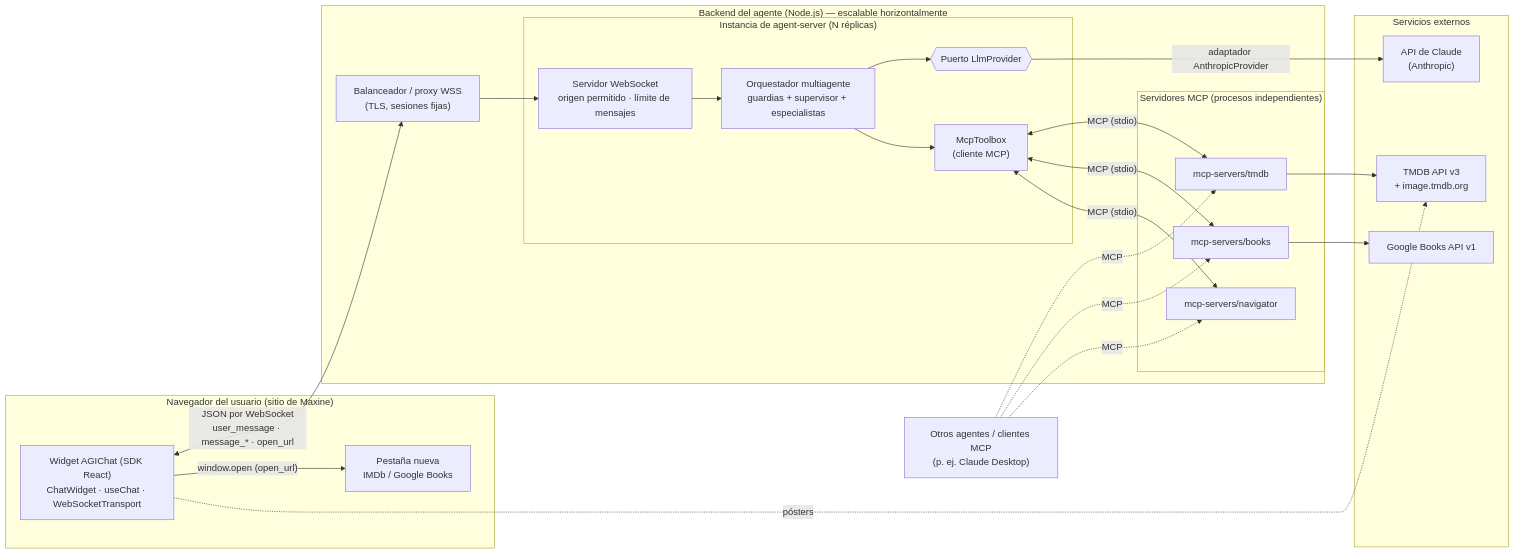
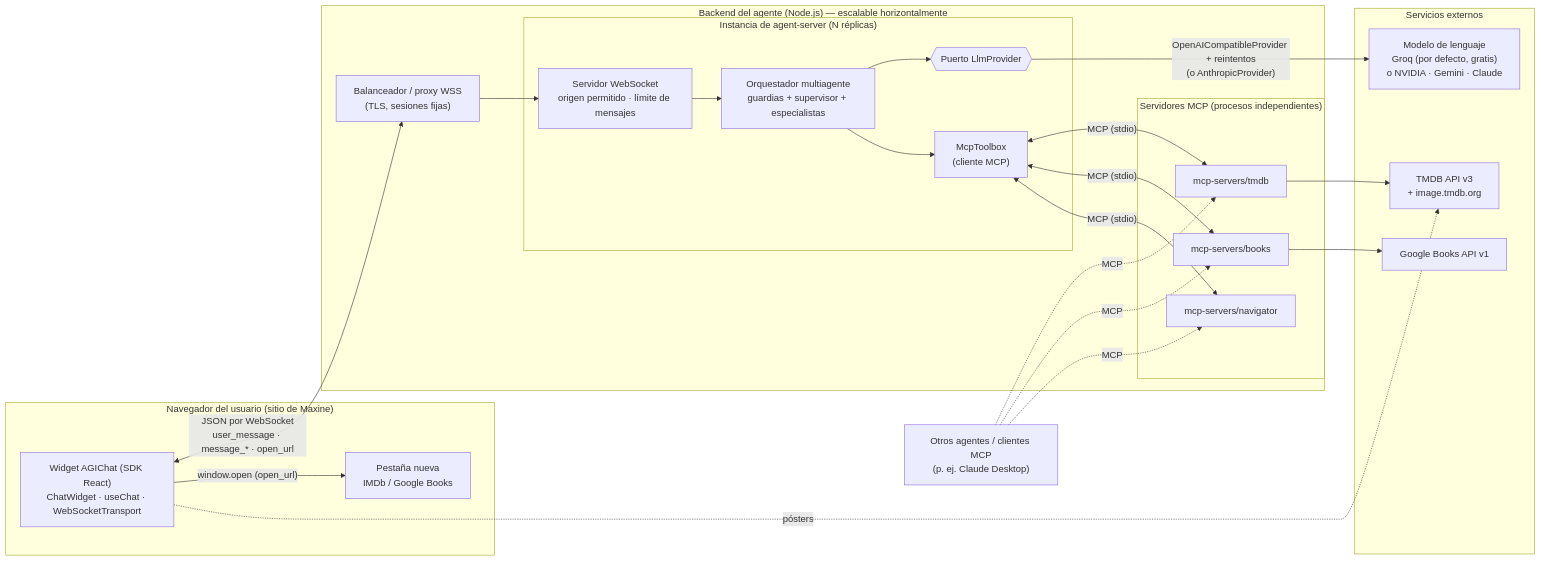
The first of 3 diagrams in docs/AGENTE.md (JuanGualim/Proyecto1_IA_selectivo), drawn with Mermaid before and after one commit. The commit also changed other lines of this file and 4 other files, not shown here.

Commit message:
docs: documenta Groq como proveedor gratuito por defecto y cómo usar otras APIs compatibles

````diff
--- a/docs/AGENTE.md
+++ b/docs/AGENTE.md
@@ -28,41 +28,41 @@
 ```mermaid
 flowchart LR
     subgraph Browser["Navegador del usuario (sitio de Maxine)"]
         WIDGET["Widget AGIChat (SDK React)<br/>ChatWidget · useChat · WebSocketTransport"]
         TAB["Pestaña nueva<br/>IMDb / Google Books"]
     end
 
     subgraph Backend["Backend del agente (Node.js) — escalable horizontalmente"]
         LB["Balanceador / proxy WSS<br/>(TLS, sesiones fijas)"]
         subgraph Instance["Instancia de agent-server (N réplicas)"]
             WS["Servidor WebSocket<br/>origen permitido · límite de mensajes"]
             ORCH["Orquestador multiagente<br/>guardias + supervisor + especialistas"]
             LLMPORT{{"Puerto LlmProvider"}}
             MCPC["McpToolbox<br/>(cliente MCP)"]
         end
         subgraph MCP["Servidores MCP (procesos independientes)"]
             MTMDB["mcp-servers/tmdb"]
             MBOOKS["mcp-servers/books"]
             MNAV["mcp-servers/navigator"]
         end
     end
 
     subgraph External["Servicios externos"]
-        CLAUDE["API de Claude<br/>(Anthropic)"]
+        LLMAPI["Modelo de lenguaje<br/>Groq (por defecto, gratis)<br/>o NVIDIA · Gemini · Claude"]
         TMDB["TMDB API v3<br/>+ image.tmdb.org"]
         GBOOKS["Google Books API v1"]
     end
 
     OTHER["Otros agentes / clientes MCP<br/>(p. ej. Claude Desktop)"]
 
     WIDGET <-- "JSON por WebSocket<br/>user_message · message_* · open_url" --> LB --> WS
     WS --> ORCH
-    ORCH --> LLMPORT -->|"adaptador AnthropicProvider"| CLAUDE
+    ORCH --> LLMPORT -->|"OpenAICompatibleProvider + reintentos<br/>(o AnthropicProvider)"| LLMAPI
     ORCH --> MCPC
     MCPC <-- "MCP (stdio)" --> MTMDB & MBOOKS & MNAV
     MTMDB --> TMDB
     MBOOKS --> GBOOKS
     WIDGET -- "window.open (open_url)" --> TAB
     WIDGET -. "pósters" .-> TMDB
     OTHER -. "MCP" .-> MTMDB & MBOOKS & MNAV
 ```
````
